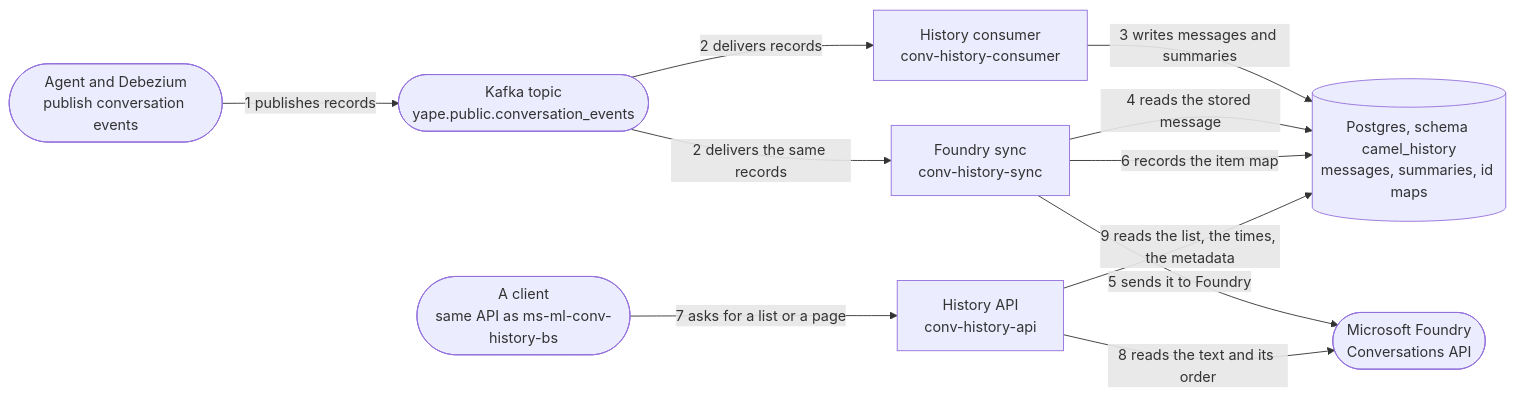
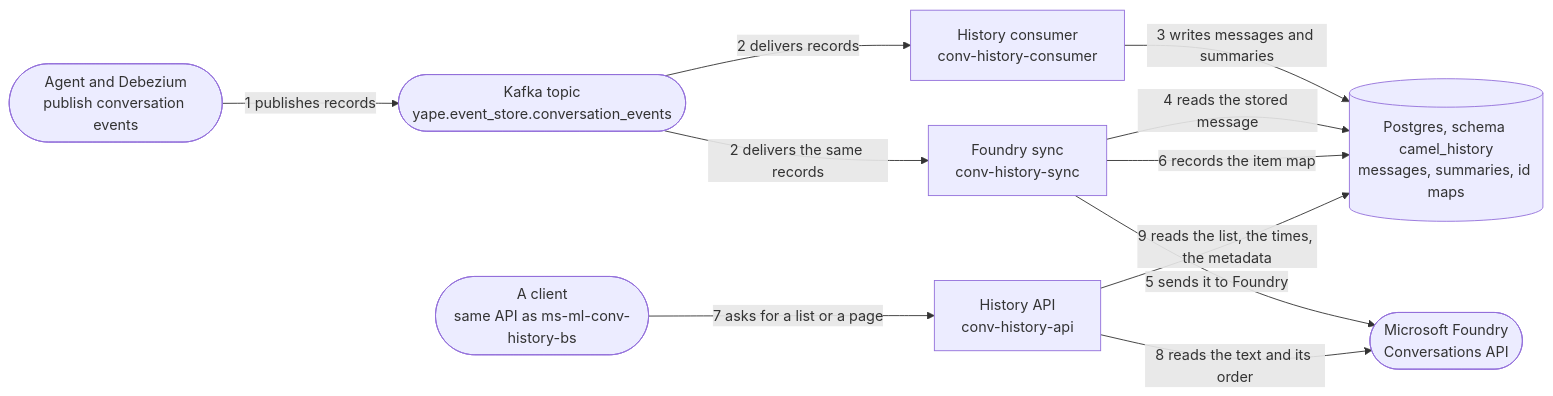
Before and after one commit to m-almeida-p/ms-ml-camel-conv-history-bs: the first of 11 diagrams in docs/design-foundry.md, drawn with Mermaid. The commit also changed 10 other files, not shown here.

First line of the commit message:
Read the new topic yape.event_store.conversation_events; the event store is event_store.conversation_events

````diff
--- a/docs/design-foundry.md
+++ b/docs/design-foundry.md
@@ -29,22 +29,22 @@
 ```mermaid
 flowchart LR
     producer(["Agent and Debezium<br/>publish conversation events"])
-    topic(["Kafka topic<br/>yape.public.conversation_events"])
+    topic(["Kafka topic<br/>yape.event_store.conversation_events"])
     consumer["History consumer<br/>conv-history-consumer"]
     sync["Foundry sync<br/>conv-history-sync"]
     db[("Postgres, schema camel_history<br/>messages, summaries, id maps")]
     foundry(["Microsoft Foundry<br/>Conversations API"])
     api["History API<br/>conv-history-api"]
     client(["A client<br/>same API as ms-ml-conv-history-bs"])
 
     producer -- "1 publishes records" --> topic
     topic -- "2 delivers records" --> consumer
     topic -- "2 delivers the same records" --> sync
     consumer -- "3 writes messages and summaries" --> db
     sync -- "4 reads the stored message" --> db
     sync -- "5 sends it to Foundry" --> foundry
     sync -- "6 records the item map" --> db
     client -- "7 asks for a list or a page" --> api
     api -- "8 reads the text and its order" --> foundry
     api -- "9 reads the list, the times, the metadata" --> db
 ```
````
